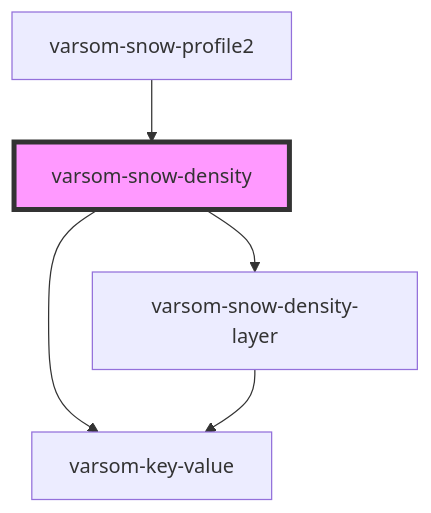
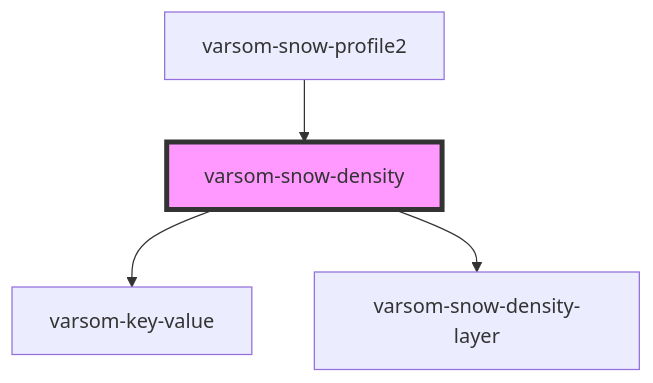
The diagram in src/components/varsom-snow-density/readme.md (NVE/varsom-observation), drawn with Mermaid before and after one commit. The commit also changed other lines of this file and 8 other files, not shown here.

````diff
--- a/src/components/varsom-snow-density/readme.md
+++ b/src/components/varsom-snow-density/readme.md
@@ -32,8 +35,7 @@
 ```mermaid
 graph TD;
   varsom-snow-density --> varsom-key-value
   varsom-snow-density --> varsom-snow-density-layer
-  varsom-snow-density-layer --> varsom-key-value
   varsom-snow-profile2 --> varsom-snow-density
   style varsom-snow-density fill:#f9f,stroke:#333,stroke-width:4px
 ```
````
